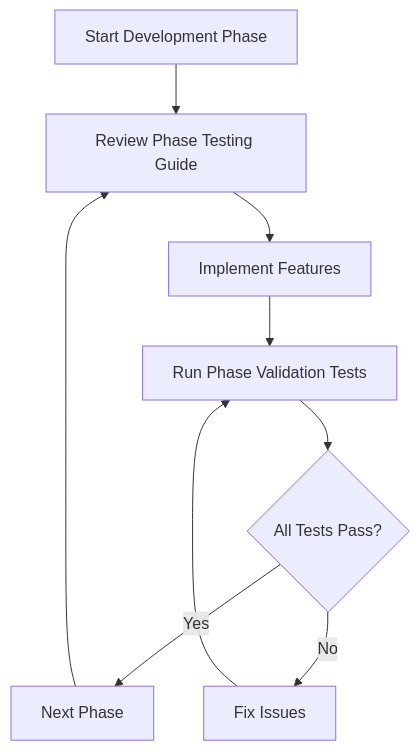
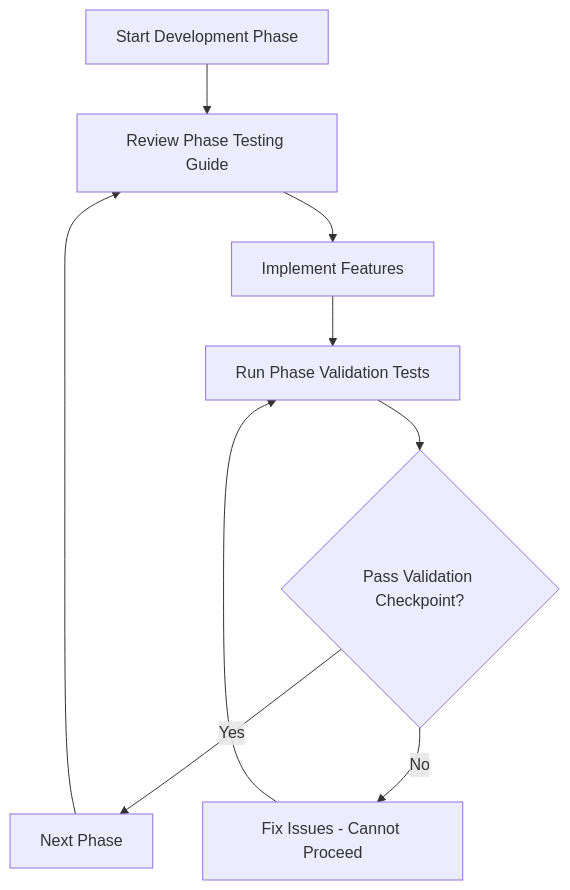
One commit to tesfayekb/core-base changed the diagram in src/docs/implementation/testing/OVERVIEW.md. Above: the diagram before and after it, drawn with Mermaid. The commit also changed other lines of this file and 3 other files, not shown here.

````diff
--- a/src/docs/implementation/testing/OVERVIEW.md
+++ b/src/docs/implementation/testing/OVERVIEW.md
@@ -19,11 +22,11 @@
 ```mermaid
 graph TD
     START[Start Development Phase] --> PHASE_TEST[Review Phase Testing Guide]
     PHASE_TEST --> IMPL[Implement Features]
     IMPL --> VALIDATE[Run Phase Validation Tests]
-    VALIDATE --> PASS{All Tests Pass?}
-    PASS -->|Yes| NEXT[Next Phase]
-    PASS -->|No| FIX[Fix Issues]
+    VALIDATE --> CHECKPOINT{Pass Validation Checkpoint?}
+    CHECKPOINT -->|Yes| NEXT[Next Phase]
+    CHECKPOINT -->|No| FIX[Fix Issues - Cannot Proceed]
     FIX --> VALIDATE
     NEXT --> PHASE_TEST
 ```
````
